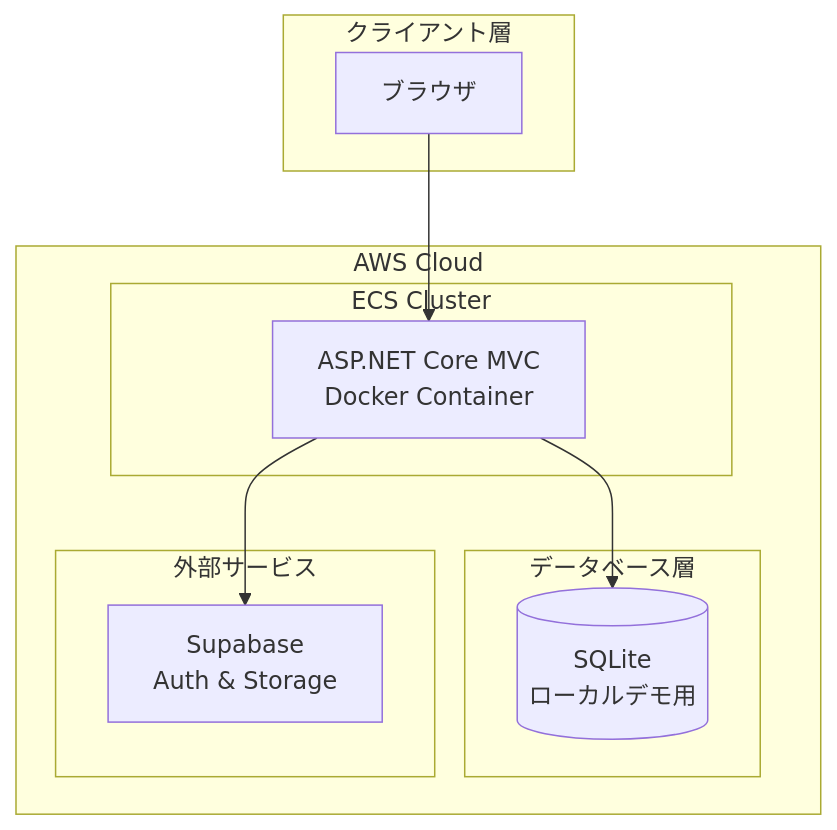
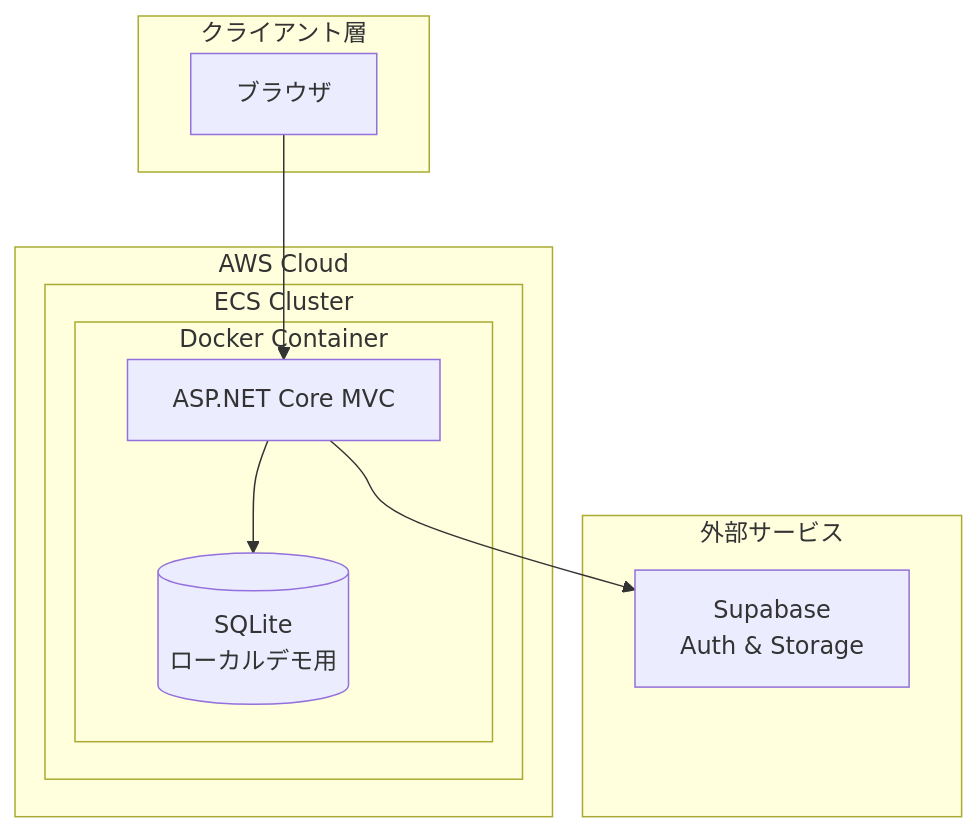
Before and after one commit to RYA234/dotnet_container: the first of 6 diagrams in .github/docs/common-design/architecture.md, drawn with Mermaid. The commit also changed other lines of this file and 2 other files, not shown here.

First line of the commit message:
Review architecture.md and update ADR

````diff
--- a/.github/docs/common-design/architecture.md
+++ b/.github/docs/common-design/architecture.md
@@ -22,24 +22,23 @@
 ```mermaid
 graph TB
     subgraph "クライアント層"
         Browser[ブラウザ]
     end
 
     subgraph "AWS Cloud"
         subgraph "ECS Cluster"
-            WebApp[ASP.NET Core MVC<br/>Docker Container]
+            subgraph "Docker Container"
+                WebApp[ASP.NET Core MVC]
+                SQLite[(SQLite<br/>ローカルデモ用)]
+            end
         end
+    end
 
-        subgraph "データベース層"
-            SQLite[(SQLite<br/>ローカルデモ用)]
-        end
-
-        subgraph "外部サービス"
-            Supabase[Supabase<br/>Auth & Storage]
-        end
+    subgraph "外部サービス"
+        Supabase[Supabase<br/>Auth & Storage]
     end
 
     Browser --> WebApp
     WebApp --> SQLite
     WebApp --> Supabase
 ```
````
